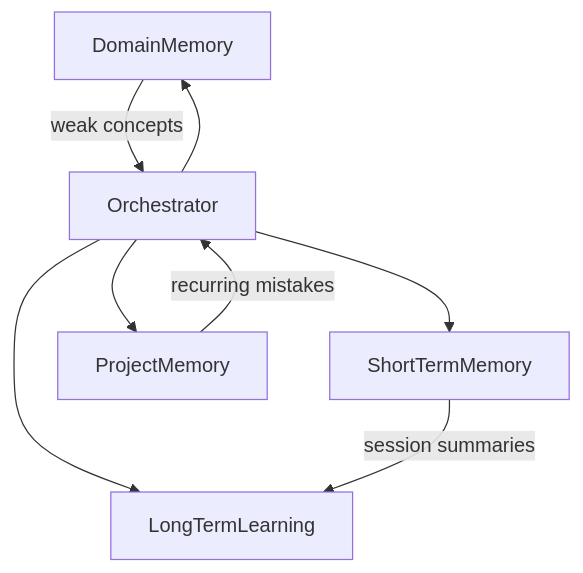
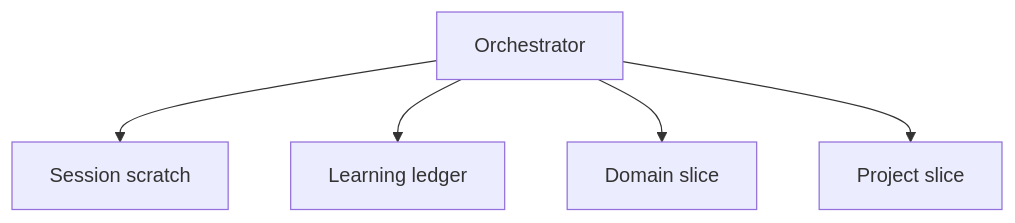
The third of 3 diagrams in docs/system-design.md (J0na555/deep-tutor), drawn with Mermaid before and after one commit. The commit also changed other lines of this file and 12 other files, not shown here.

Commit message:
docs: redefine Deep Tutor architecture and workflow

````diff
--- a/docs/system-design.md
+++ b/docs/system-design.md
@@ -312,15 +392,12 @@
 ```mermaid
 flowchart TB
-  STM[ShortTermMemory]
-  LTM[LongTermLearning]
-  DM[DomainMemory]
-  PM[ProjectMemory]
+  STM[Session scratch]
+  LG[Learning ledger]
+  DM[Domain slice]
+  PM[Project slice]
   Orch[Orchestrator]
   Orch --> STM
-  Orch --> LTM
+  Orch --> LG
   Orch --> DM
   Orch --> PM
-  STM -->|session summaries| LTM
-  DM -->|weak concepts| Orch
-  PM -->|recurring mistakes| Orch
 ```
````
